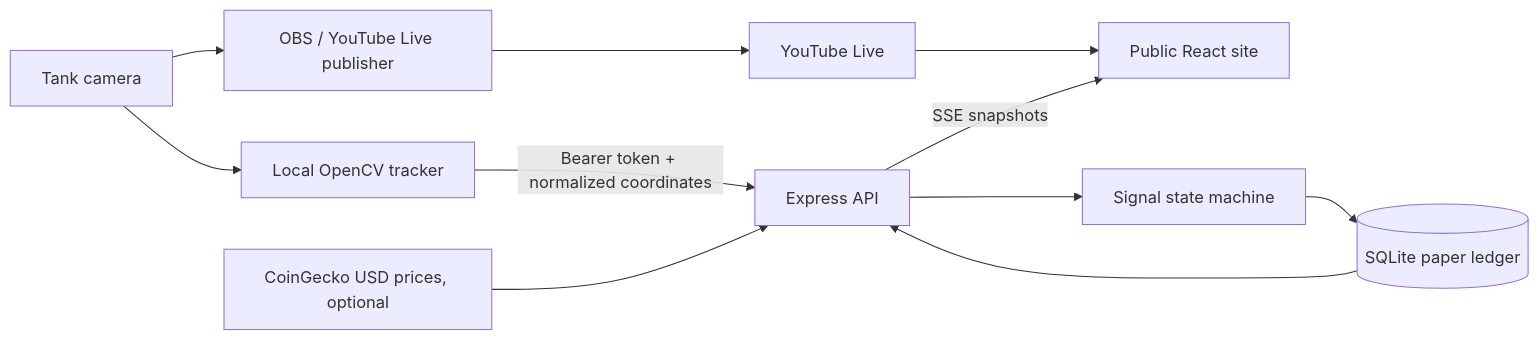
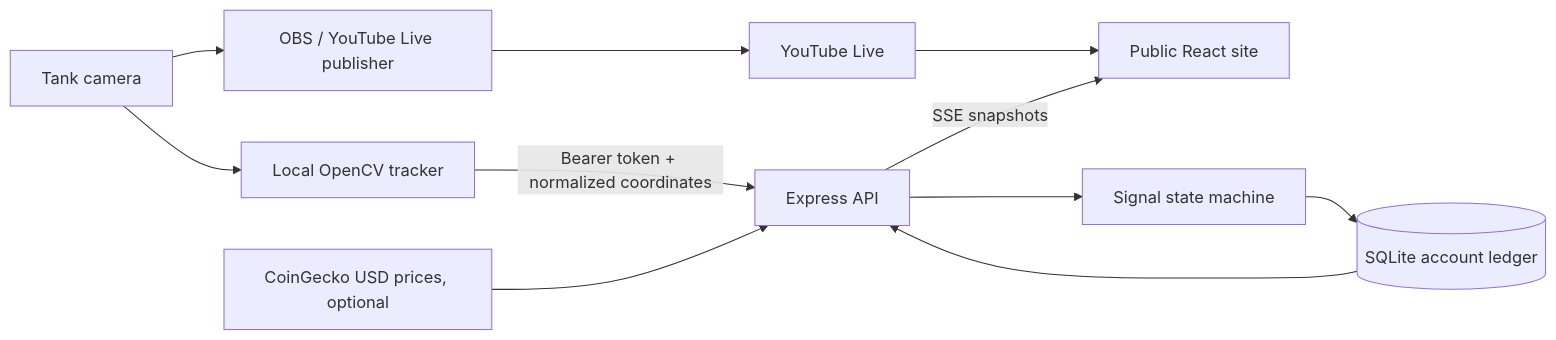
Before and after one commit to Zelvf/vlad-the-fish-trader: the diagram in docs/ARCHITECTURE.md, drawn with Mermaid. The commit also changed other lines of this file and 23 other files, not shown here.

````diff
--- a/docs/ARCHITECTURE.md
+++ b/docs/ARCHITECTURE.md
@@ -5,13 +5,13 @@
 ```mermaid
 flowchart LR
   C[Tank camera] --> OBS[OBS / YouTube Live publisher]
   OBS --> YT[YouTube Live]
   YT --> UI[Public React site]
   C --> CV[Local OpenCV tracker]
   CV -->|Bearer token + normalized coordinates| API[Express API]
   Q[CoinGecko USD prices, optional] --> API
   API --> E[Signal state machine]
-  E --> DB[(SQLite paper ledger)]
+  E --> DB[(SQLite account ledger)]
   DB --> API
   API -->|SSE snapshots| UI
 ```
````
